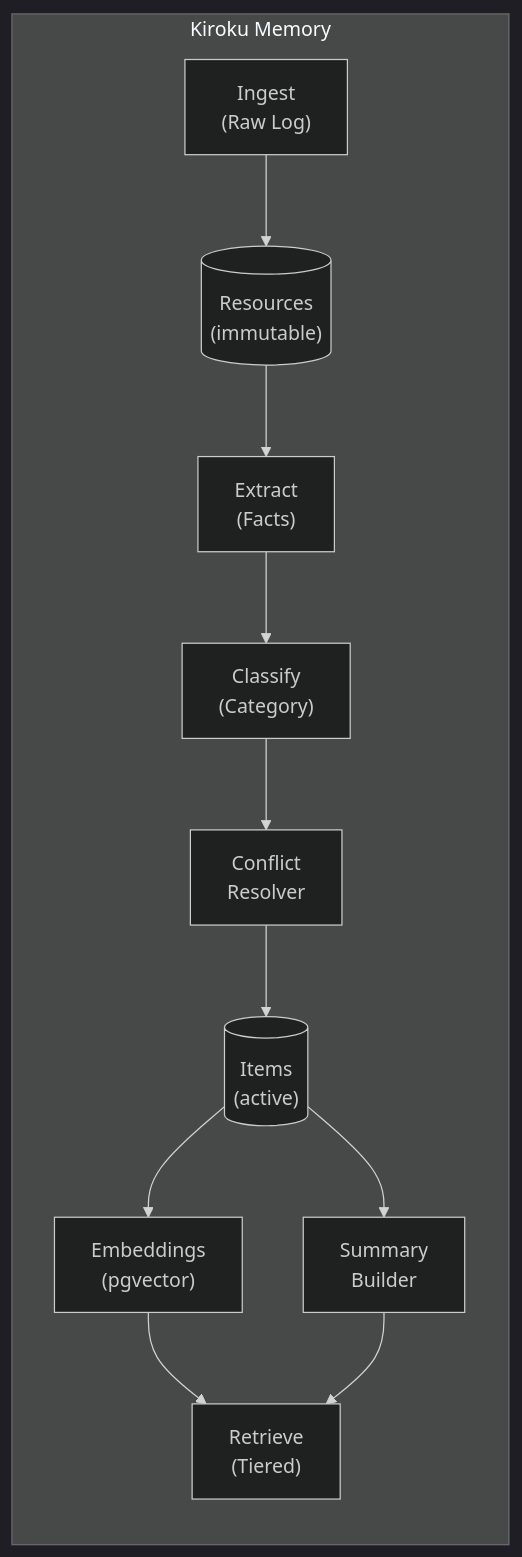
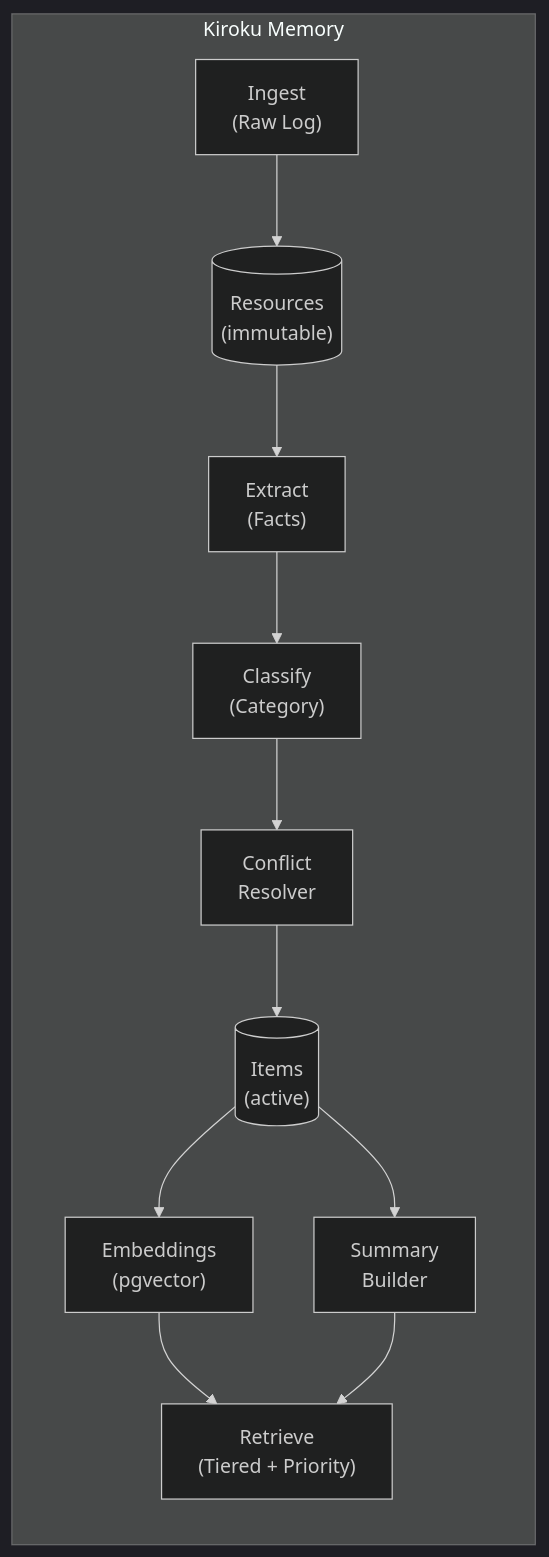
Before and after one commit to yelban/kiroku-memory: the diagram in README.md, drawn with Mermaid (dark theme). The commit also changed other lines of this file and 15 other files, not shown here.

````diff
--- a/README.md
+++ b/README.md
@@ -44,19 +44,19 @@
 ```mermaid
 flowchart TB
     subgraph KM["Kiroku Memory"]
         direction TB
 
         Ingest["Ingest<br/>(Raw Log)"] --> Resources[("Resources<br/>(immutable)")]
 
         Resources --> Extract["Extract<br/>(Facts)"]
         Extract --> Classify["Classify<br/>(Category)"]
         Classify --> Conflict["Conflict<br/>Resolver"]
         Conflict --> Items[("Items<br/>(active)")]
 
         Items --> Embeddings["Embeddings<br/>(pgvector)"]
         Items --> Summary["Summary<br/>Builder"]
 
-        Embeddings --> Retrieve["Retrieve<br/>(Tiered)"]
+        Embeddings --> Retrieve["Retrieve<br/>(Tiered + Priority)"]
         Summary --> Retrieve
     end
 ```
````
